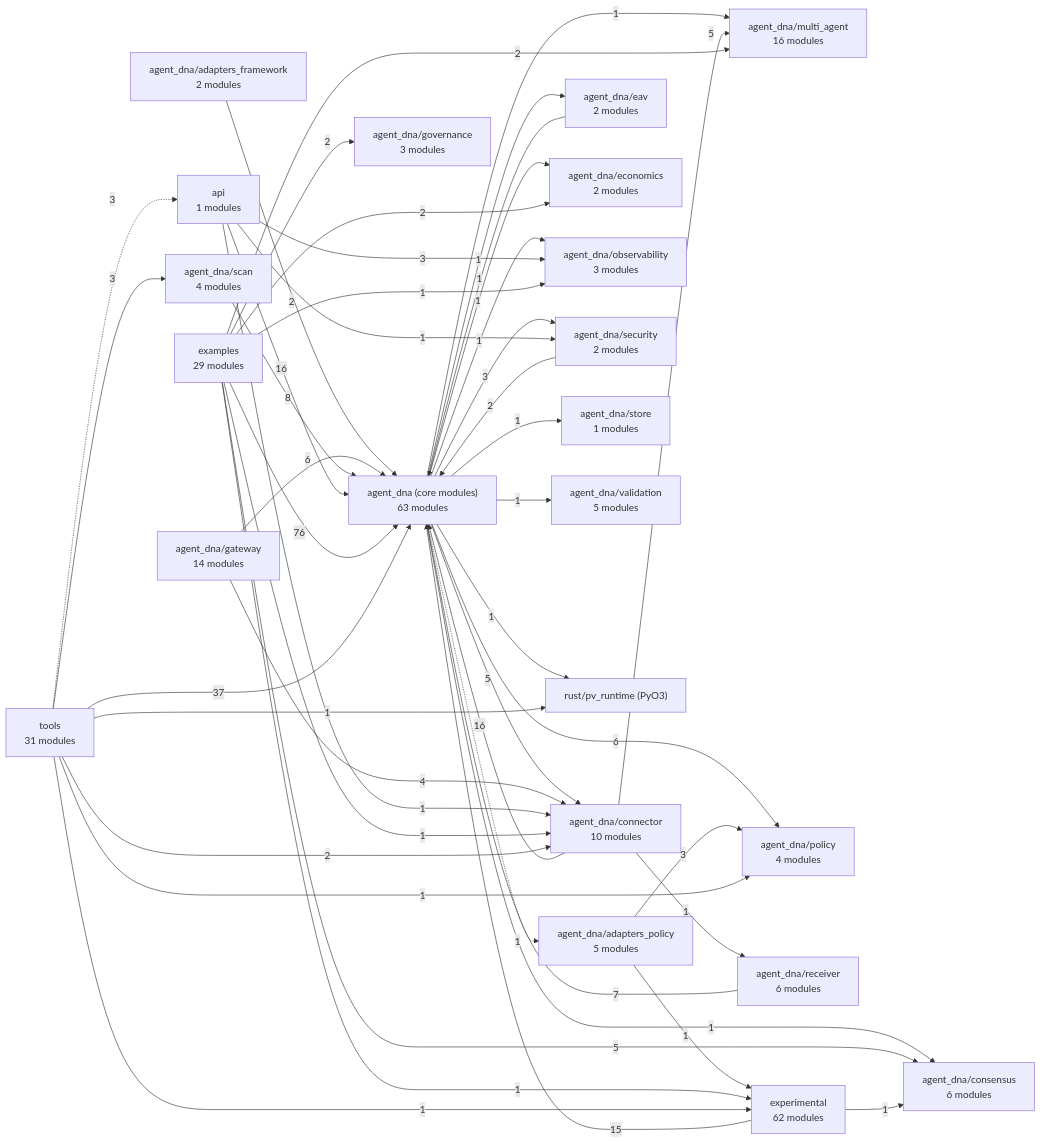
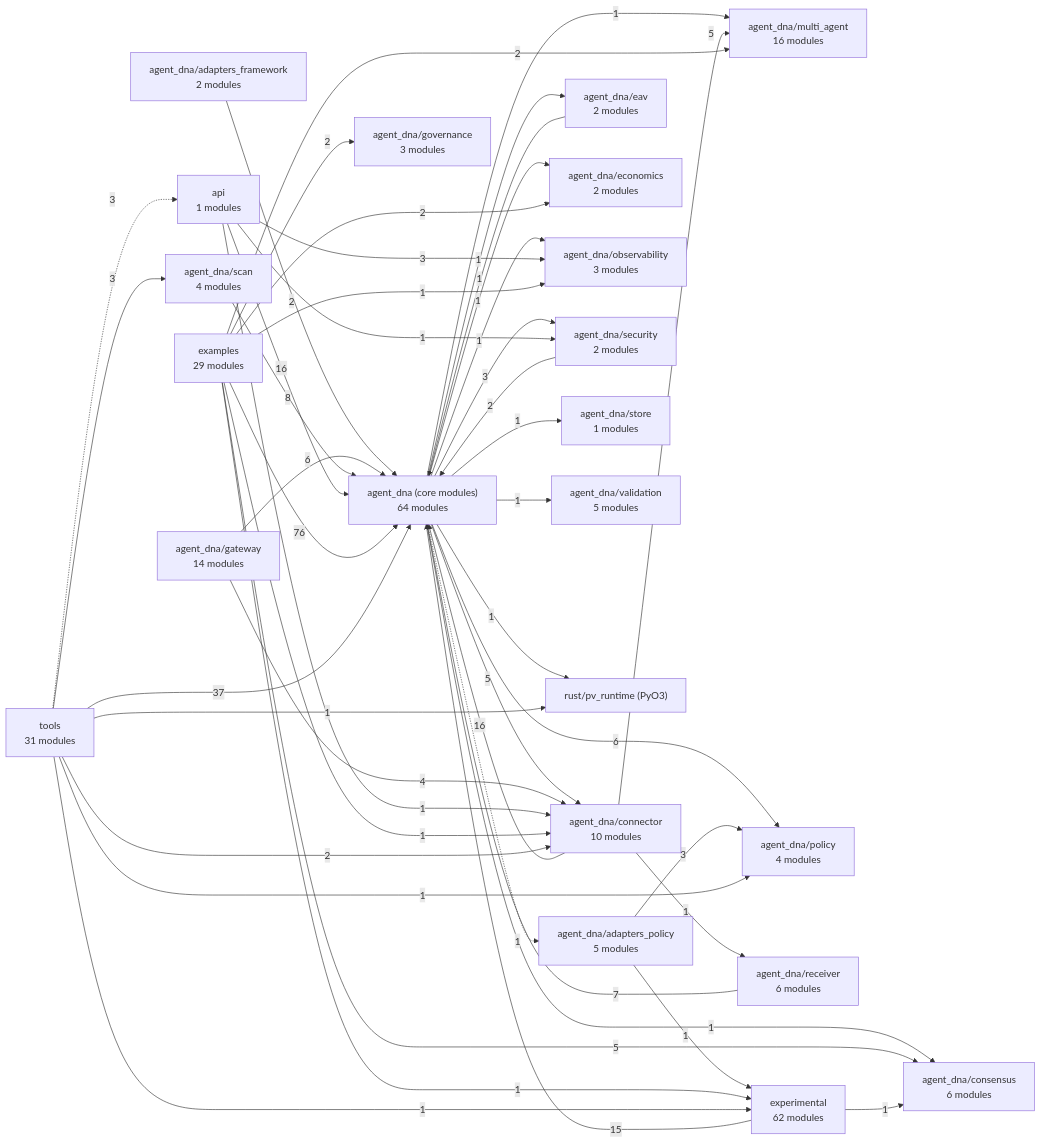
One commit to LOLA0786/privatevault-agent-dna changed the diagram in docs/architecture/MAP.md. Above: the diagram before and after it, drawn with Mermaid. The commit also changed other lines of this file and 5 other files, not shown here.

````diff
--- a/docs/architecture/MAP.md
+++ b/docs/architecture/MAP.md
@@ -7,70 +7,70 @@
 ```mermaid
 flowchart LR
-  n0["agent_dna (core modules)<br/>63 modules"]
+  n0["agent_dna (core modules)<br/>64 modules"]
   n1["agent_dna/adapters_framework<br/>2 modules"]
   n2["agent_dna/adapters_policy<br/>5 modules"]
   n3["agent_dna/connector<br/>10 modules"]
   n4["agent_dna/consensus<br/>6 modules"]
   n5["agent_dna/eav<br/>2 modules"]
   n6["agent_dna/economics<br/>2 modules"]
   n7["agent_dna/gateway<br/>14 modules"]
   n8["agent_dna/governance<br/>3 modules"]
   n9["agent_dna/multi_agent<br/>16 modules"]
   n10["agent_dna/observability<br/>3 modules"]
   n11["agent_dna/policy<br/>4 modules"]
   n12["agent_dna/receiver<br/>6 modules"]
   n13["agent_dna/scan<br/>4 modules"]
   n14["agent_dna/security<br/>2 modules"]
   n15["agent_dna/store<br/>1 modules"]
   n16["agent_dna/validation<br/>5 modules"]
   n17["api<br/>1 modules"]
   n18["examples<br/>29 modules"]
   n19["experimental<br/>62 modules"]
   n20["rust/pv_runtime (PyO3)"]
   n21["tools<br/>31 modules"]
   n0 -.->|1| n2
   n0 -->|5| n3
   n0 -->|1| n4
   n0 -->|1| n5
   n0 -->|1| n6
   n0 -->|1| n9
   n0 -->|1| n10
   n0 -->|6| n11
   n0 -->|3| n14
   n0 -->|1| n15
   n0 -->|1| n16
   n0 -->|1| n20
   n1 -->|2| n0
   n2 -->|3| n11
   n2 -->|1| n19
   n3 -->|16| n0
   n3 -->|5| n9
   n3 -->|1| n12
   n5 -->|1| n0
   n7 -->|6| n0
   n7 -->|4| n3
   n12 -->|7| n0
   n13 -->|8| n0
   n14 -->|2| n0
   n17 -->|16| n0
   n17 -->|1| n3
   n17 -->|3| n10
   n17 -->|1| n14
   n18 -->|76| n0
   n18 -->|1| n3
   n18 -->|5| n4
   n18 -->|2| n6
   n18 -->|2| n8
   n18 -->|2| n9
   n18 -->|1| n10
   n18 -->|1| n19
   n19 -->|15| n0
   n19 -->|1| n4
   n21 -->|37| n0
   n21 -->|2| n3
   n21 -->|1| n11
   n21 -->|3| n13
   n21 -.->|3| n17
   n21 -->|1| n19
   n21 -->|1| n20
 ```
````
